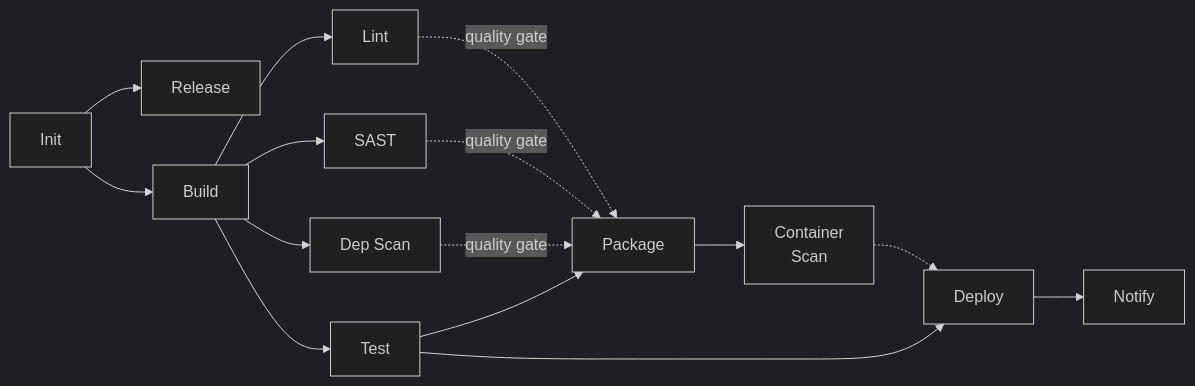
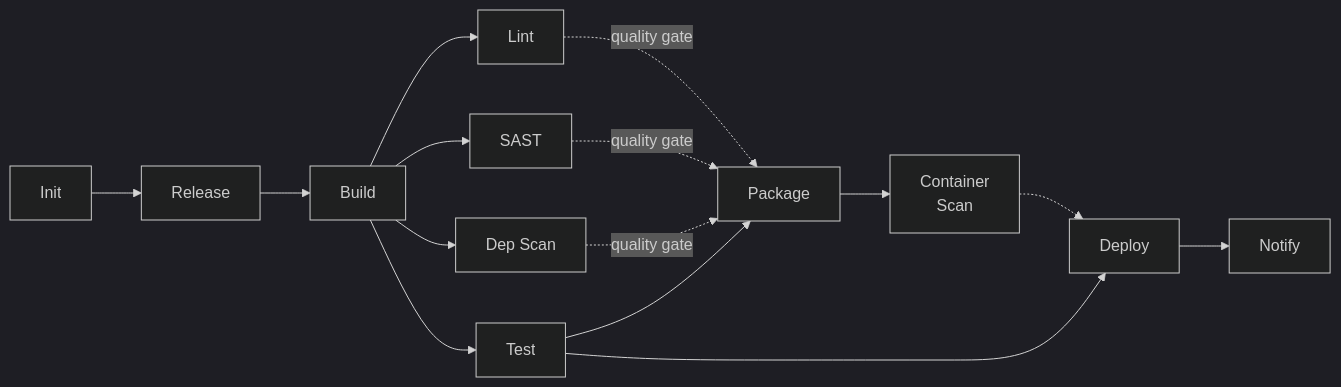
The second of 2 diagrams in README.md (getbrik/brik), drawn with Mermaid (dark theme) before and after one commit. The commit also changed 1 other file, not shown here.

Commit message:
refactor(gitlab): chain brik-build needs after brik-release
Make GitLab pipelines run Release before Build so the build can embed
the version computed by Release into the artifact, matching the
Jenkins ordering.

The new dependency is marked optional because brik-release is gated
by `rules: $CI_COMMIT_TAG`. On non-tag pipelines GitLab silently
drops the optional needs entry and brik-build proceeds straight from
brik-init, preserving today's behaviour. On tag pipelines the DAG
becomes init -> release -> build -> {lint || sast || scan || test}.

Fix the README pipeline-flow mermaid which still showed init -> build
as a parallel branch alongside init -> release. The diagram now
matches both the prose below it and the canonical sequential flow
documented across the architecture and shared-libs READMEs.

````diff
--- a/README.md
+++ b/README.md
@@ -163,29 +163,29 @@
 ```mermaid
 flowchart LR
     init["Init"]
     release["Release"]
     build["Build"]
     lint["Lint"]
     sast["SAST"]
     scan["Dep Scan"]
     test["Test"]
     package["Package"]
     cscan["Container<br/>Scan"]
     deploy["Deploy"]
     notify["Notify"]
 
     init --> release
-    init --> build
+    release --> build
     build --> lint
     build --> sast
     build --> scan
     build --> test
     lint -.->|quality gate| package
     sast -.->|quality gate| package
     scan -.->|quality gate| package
     test --> package
     package --> cscan
     test --> deploy
     cscan -.-> deploy
     deploy --> notify
 ```
````
